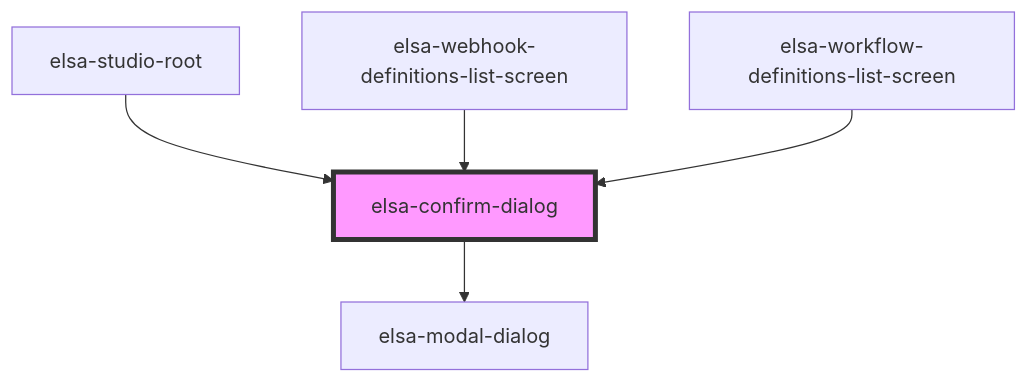
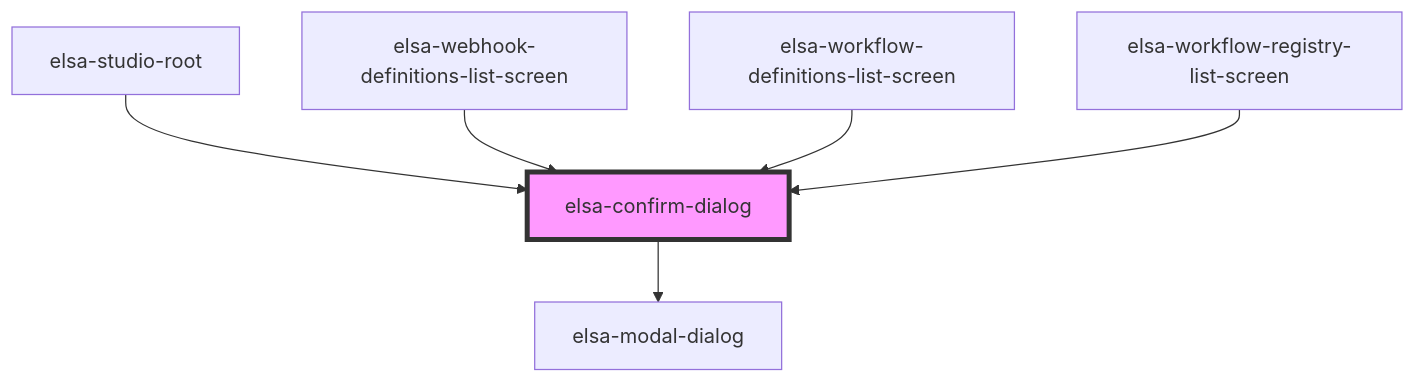
Before and after one commit to elsa-workflows/elsa-core: the diagram in src/designer/elsa-workflows-studio/src/components/shared/elsa-confirm-dialog/readme.md, drawn with Mermaid. The commit also changed other lines of this file and 17 other files, not shown here.

````diff
--- a/src/designer/elsa-workflows-studio/src/components/shared/elsa-confirm-dialog/readme.md
+++ b/src/designer/elsa-workflows-studio/src/components/shared/elsa-confirm-dialog/readme.md
@@ -51,8 +52,9 @@
 ```mermaid
 graph TD;
   elsa-confirm-dialog --> elsa-modal-dialog
   elsa-studio-root --> elsa-confirm-dialog
   elsa-webhook-definitions-list-screen --> elsa-confirm-dialog
   elsa-workflow-definitions-list-screen --> elsa-confirm-dialog
+  elsa-workflow-registry-list-screen --> elsa-confirm-dialog
   style elsa-confirm-dialog fill:#f9f,stroke:#333,stroke-width:4px
 ```
````
